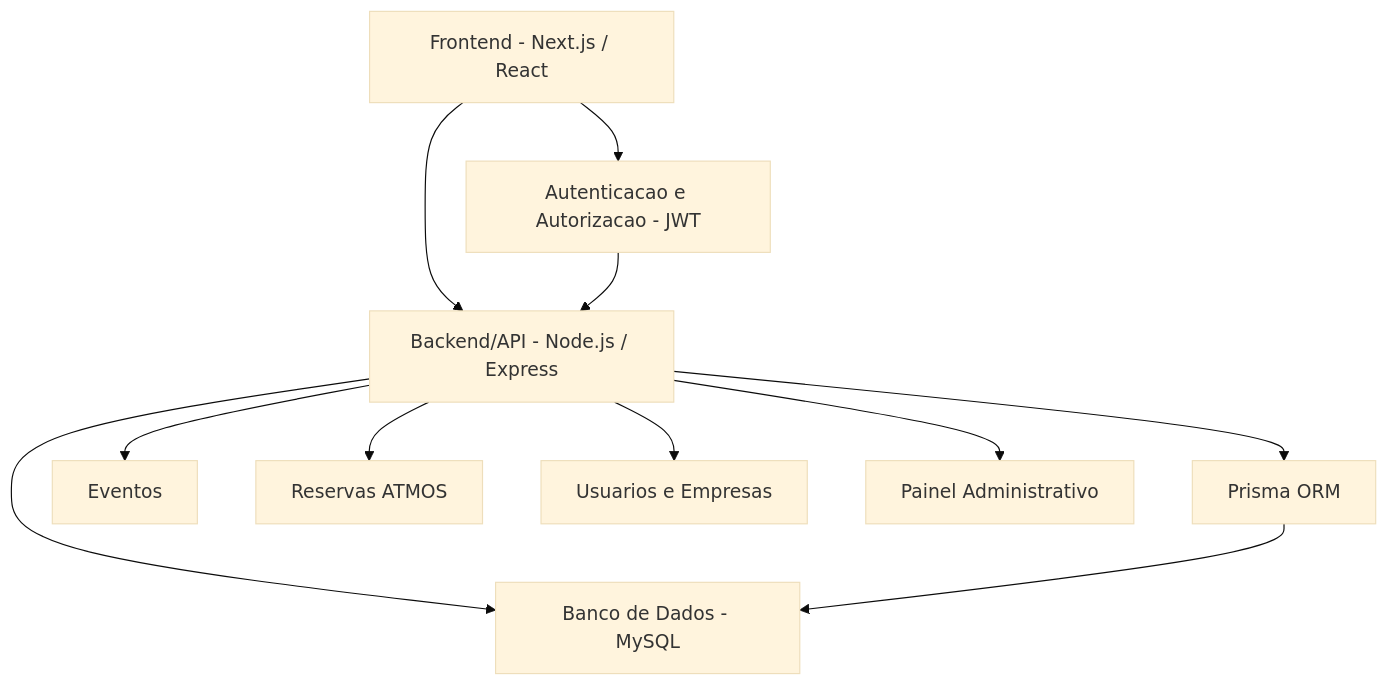
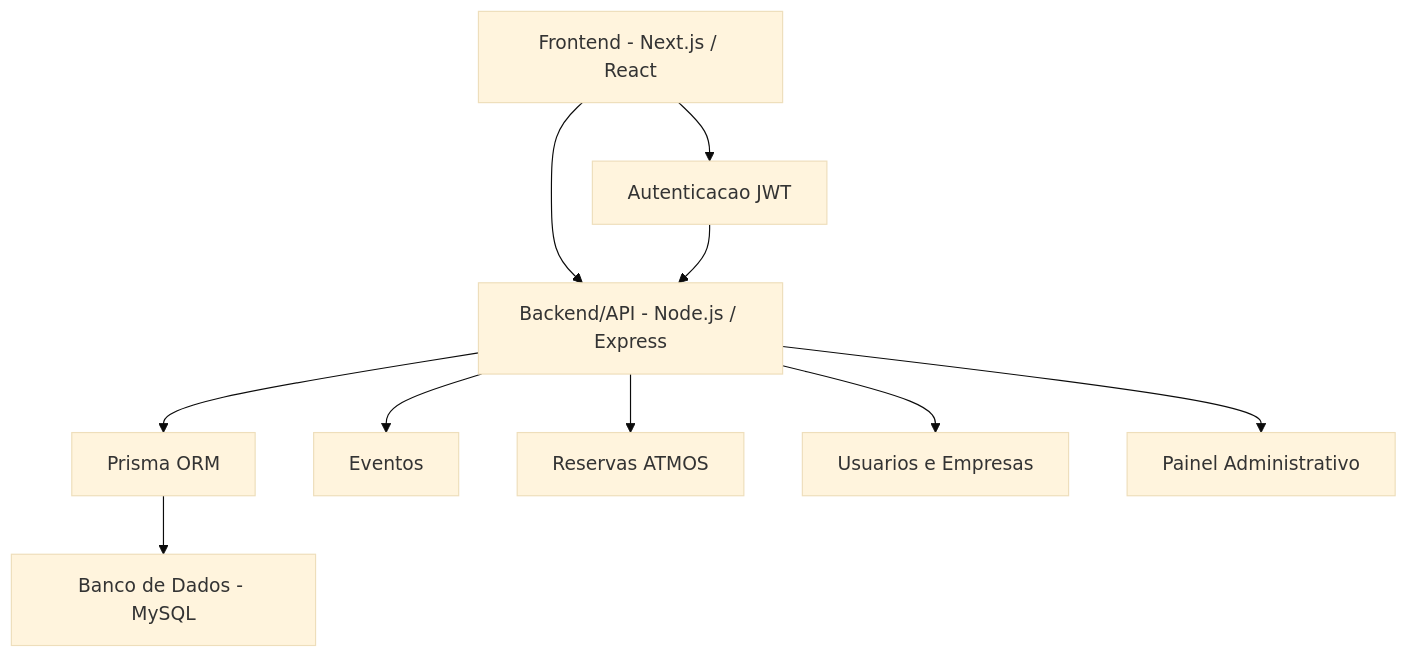
One commit to Juanlucasarchangelo/bmclub changed the diagram in README.md. Above: the diagram before and after it, drawn with Mermaid (base theme). The commit also changed other lines of this file and 4 other files, not shown here.

````diff
--- a/README.md
+++ b/README.md
@@ -84,13 +88,12 @@
 ```mermaid
 flowchart TD
     A["Frontend - Next.js / React"] --> B["Backend/API - Node.js / Express"]
-    B --> C["Banco de Dados - MySQL"]
-    B --> D["Prisma ORM"]
-    D --> C
-    A --> E["Autenticacao e Autorizacao - JWT"]
+    B --> C["Prisma ORM"]
+    C --> D["Banco de Dados - MySQL"]
+    A --> E["Autenticacao JWT"]
     E --> B
     B --> F["Eventos"]
     B --> G["Reservas ATMOS"]
     B --> H["Usuarios e Empresas"]
     B --> I["Painel Administrativo"]
 ```
````
